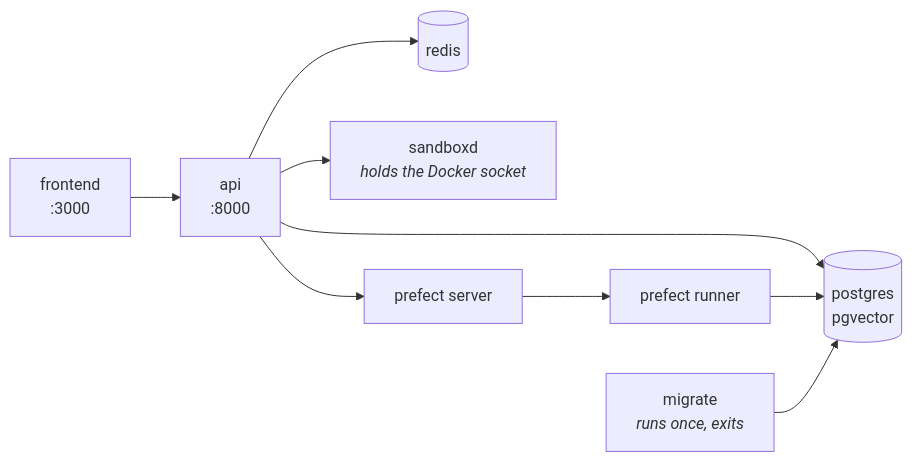
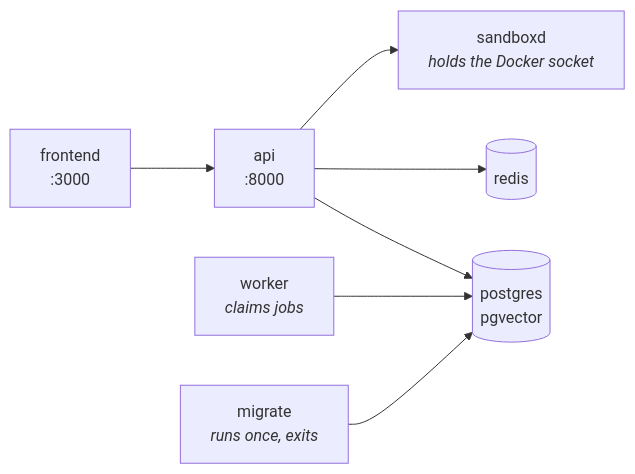
The first of 2 diagrams in docs/install.de.md (Creo-Digital-AS/agenticos), drawn with Mermaid before and after one commit. The commit also changed other lines of this file and 1301 other files, not shown here.

First line of the commit message:
feat(worker)!: replace Prefect with a background job queue in Postgres (#2248)

````diff
--- a/docs/install.de.md
+++ b/docs/install.de.md
@@ -72,11 +72,9 @@
 ```mermaid
 flowchart LR
     F["frontend<br/>:3000"] --> A["api<br/>:8000"]
     A --> PG[("postgres<br/>pgvector")]
     A --> RD[("redis")]
     A --> SD["sandboxd<br/><i>holds the Docker socket</i>"]
-    A --> PF["prefect server"]
-    PF --> WK["prefect runner"]
-    WK --> PG
+    WK["worker<br/><i>claims jobs</i>"] --> PG
     M["migrate<br/><i>runs once, exits</i>"] --> PG
 ```
````
